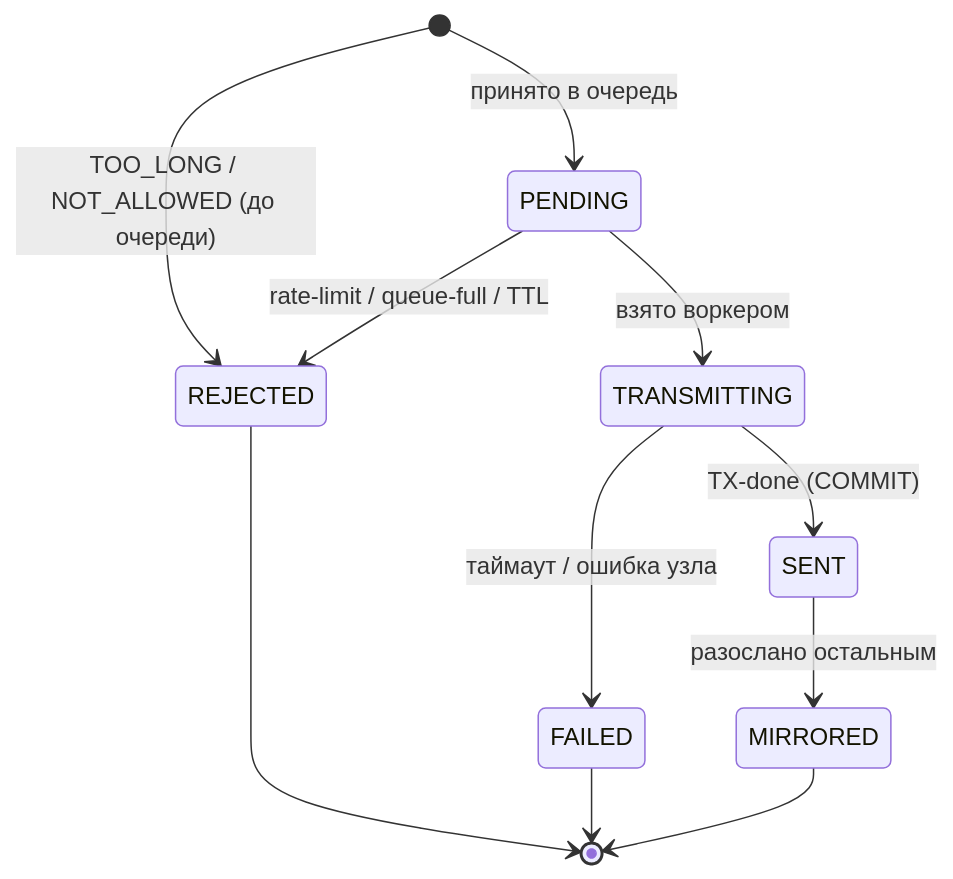
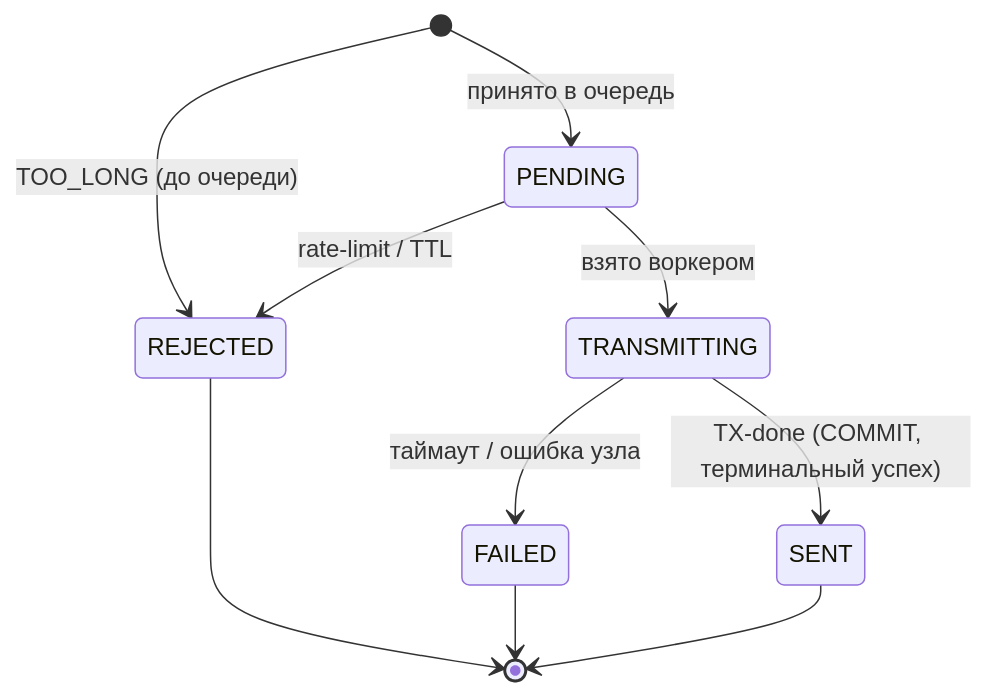
The eighth of 10 diagrams in docs/ARCHITECTURE.md (Flexlug/LoRa-Bridge), drawn with Mermaid before and after one commit. The commit also changed other lines of this file, not shown here.

First line of the commit message:
docs: simplify domain — text-only, drop topic/attachments/mirrored

````diff
--- a/docs/ARCHITECTURE.md
+++ b/docs/ARCHITECTURE.md
@@ -552,13 +554,12 @@
 ```mermaid
 stateDiagram-v2
-    [*] --> REJECTED: TOO_LONG / NOT_ALLOWED (до очереди)
+    [*] --> REJECTED: TOO_LONG (до очереди)
     [*] --> PENDING: принято в очередь
-    PENDING --> REJECTED: rate-limit / queue-full / TTL
+    PENDING --> REJECTED: rate-limit / TTL
     PENDING --> TRANSMITTING: взято воркером
-    TRANSMITTING --> SENT: TX-done (COMMIT)
+    TRANSMITTING --> SENT: TX-done (COMMIT, терминальный успех)
     TRANSMITTING --> FAILED: таймаут / ошибка узла
-    SENT --> MIRRORED: разослано остальным
     REJECTED --> [*]
     FAILED --> [*]
-    MIRRORED --> [*]
+    SENT --> [*]
 ```
````
